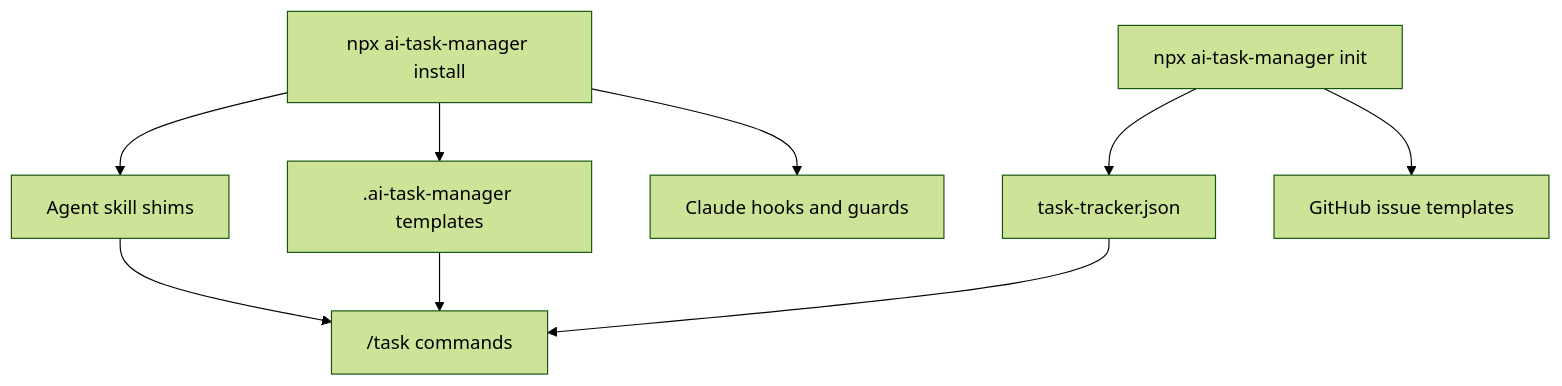
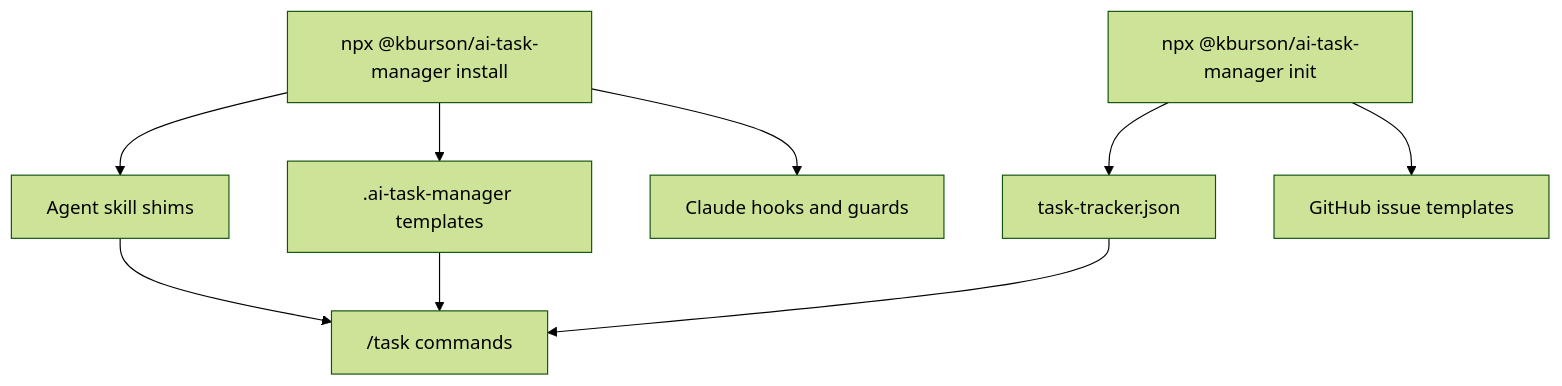
The diagram in docs/introduction/install-and-setup.md (kburson/ai-task-manager), drawn with Mermaid (forest theme) before and after one commit. The commit also changed other lines of this file, not shown here.

First line of the commit message:
[#1154] docs(install-and-setup): fix quickstart command and publishing note

````diff
--- a/docs/introduction/install-and-setup.md
+++ b/docs/introduction/install-and-setup.md
@@ -71,11 +71,11 @@
 ```mermaid
 flowchart TB
-    Install["npx ai-task-manager install"] --> AgentFiles["Agent skill shims"]
+    Install["npx @kburson/ai-task-manager install"] --> AgentFiles["Agent skill shims"]
     Install --> Templates[".ai-task-manager templates"]
     Install --> Hooks["Claude hooks and guards"]
-    Init["npx ai-task-manager init"] --> ProjectConfig["task-tracker.json"]
+    Init["npx @kburson/ai-task-manager init"] --> ProjectConfig["task-tracker.json"]
     Init --> IssueTemplates["GitHub issue templates"]
     ProjectConfig --> Commands["/task commands"]
     AgentFiles --> Commands
     Templates --> Commands
 ```
````
